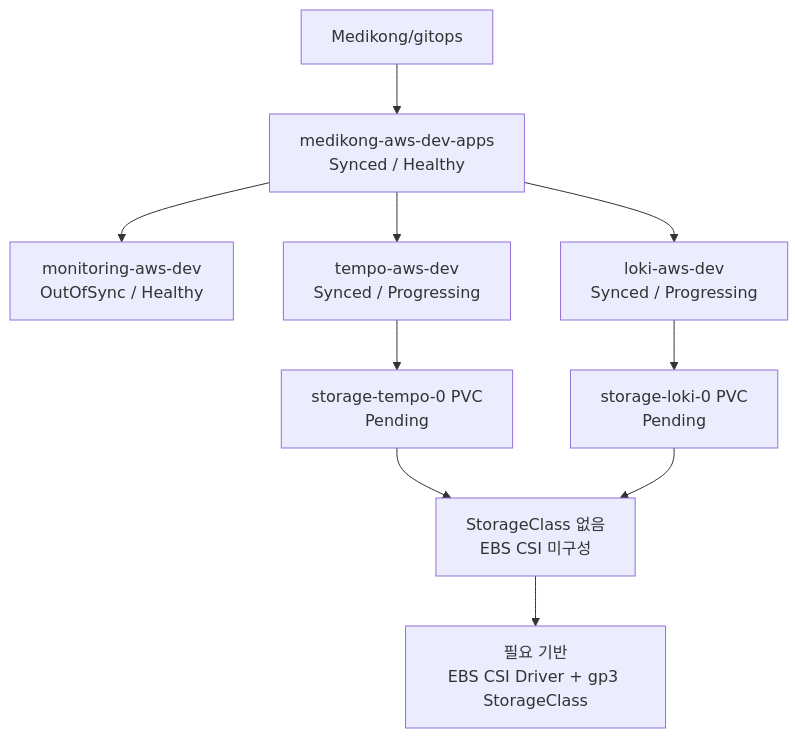
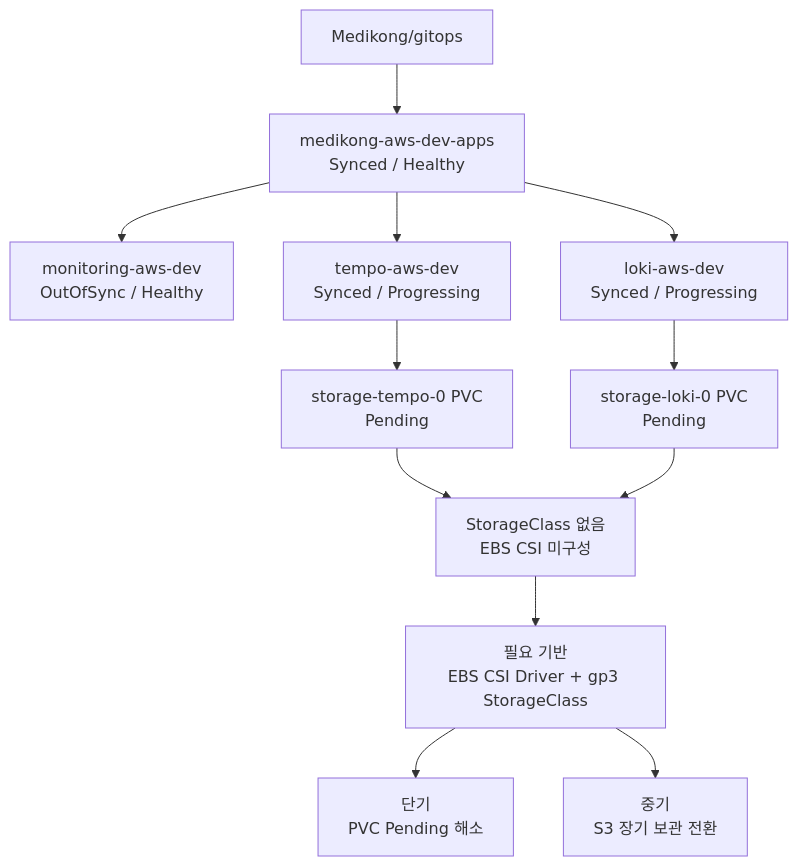
Before and after one commit to Medikong/workspace: the diagram in docs/trouble/2026-06-04-aws-dev-observability-storageclass-pending.md, drawn with Mermaid. The commit also changed other lines of this file and 3 other files, not shown here.

````diff
--- a/docs/trouble/2026-06-04-aws-dev-observability-storageclass-pending.md
+++ b/docs/trouble/2026-06-04-aws-dev-observability-storageclass-pending.md
@@ -89,12 +92,14 @@
 ```mermaid
 flowchart TD
     GitOps["Medikong/gitops"] --> Root["medikong-aws-dev-apps<br/>Synced / Healthy"]
     Root --> Monitoring["monitoring-aws-dev<br/>OutOfSync / Healthy"]
     Root --> Tempo["tempo-aws-dev<br/>Synced / Progressing"]
     Root --> Loki["loki-aws-dev<br/>Synced / Progressing"]
     Tempo --> TempoPVC["storage-tempo-0 PVC<br/>Pending"]
     Loki --> LokiPVC["storage-loki-0 PVC<br/>Pending"]
     TempoPVC --> Missing["StorageClass 없음<br/>EBS CSI 미구성"]
     LokiPVC --> Missing
     Missing --> Needed["필요 기반<br/>EBS CSI Driver + gp3 StorageClass"]
+    Needed --> ShortTerm["단기<br/>PVC Pending 해소"]
+    Needed --> LongTerm["중기<br/>S3 장기 보관 전환"]
 ```
````
